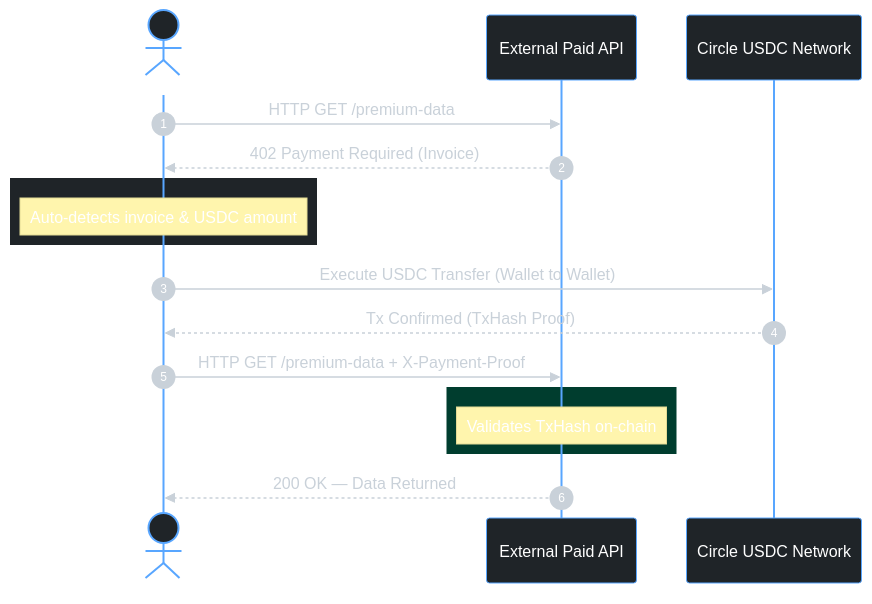
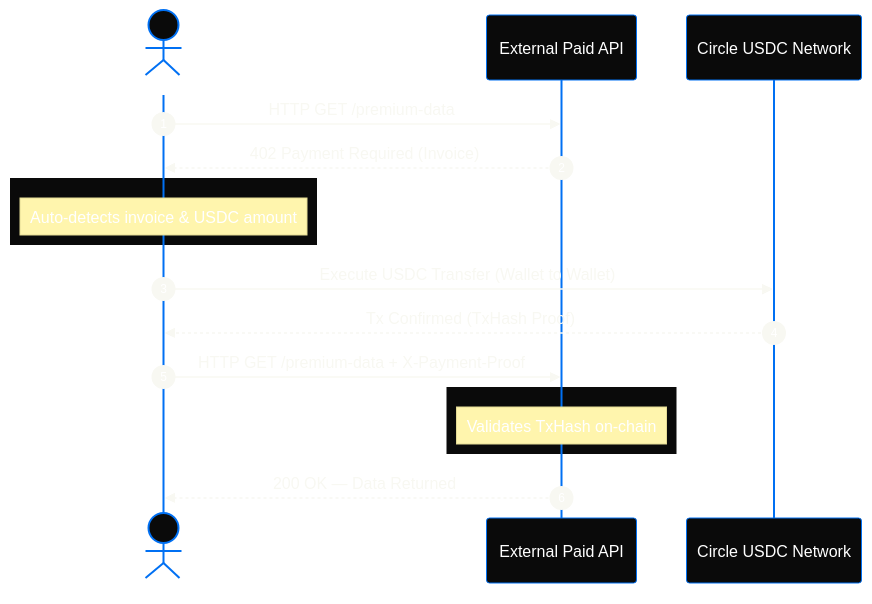
Before and after one commit to shashankrpatil077-ctrl/NeuralMarket: the diagram in README.md, drawn with Mermaid.

Commit message:
style: Upgrade architecture diagrams to premium minimalist Vercel/Stripe dark aesthetic

````diff
--- a/README.md
+++ b/README.md
@@ -46,43 +46,43 @@
 ```mermaid
 %%{init: {
   'theme': 'base',
   'themeVariables': {
-    'primaryColor': '#0d1117',
-    'primaryTextColor': '#c9d1d9',
-    'primaryBorderColor': '#30363d',
-    'lineColor': '#58a6ff',
-    'secondaryColor': '#161b22',
-    'tertiaryColor': '#21262d',
-    'actorBkg': '#1f2428',
-    'actorBorder': '#58a6ff',
-    'actorTextColor': '#fff',
-    'noteBkg': '#003d2e',
-    'noteBorder': '#2ea043',
-    'noteTextColor': '#fff',
-    'sequenceNumberColor': '#fff'
+    'primaryColor': '#000000',
+    'primaryTextColor': '#F8F8F2',
+    'primaryBorderColor': '#333333',
+    'lineColor': '#444444',
+    'secondaryColor': '#0A0A0A',
+    'tertiaryColor': '#111111',
+    'actorBkg': '#0A0A0A',
+    'actorBorder': '#0070F3',
+    'actorTextColor': '#FFFFFF',
+    'noteBkg': '#0A0A0A',
+    'noteBorder': '#7928CA',
+    'noteTextColor': '#FFFFFF',
+    'sequenceNumberColor': '#FFFFFF'
   }
 }}%%
 sequenceDiagram
     autonumber
     actor Client as NeuralMarket Client
     participant API as External Paid API
     participant Circle as Circle USDC Network
 
     Client->>API: HTTP GET /premium-data
     API-->>Client: 402 Payment Required (Invoice)
     
-    rect rgb(31, 36, 40)
+    rect rgb(10, 10, 10)
     Note over Client: Auto-detects invoice & USDC amount
     end
     
     Client->>Circle: Execute USDC Transfer (Wallet to Wallet)
     Circle-->>Client: Tx Confirmed (TxHash Proof)
     
     Client->>API: HTTP GET /premium-data + X-Payment-Proof
     
-    rect rgb(0, 61, 46)
+    rect rgb(10, 10, 10)
     Note over API: Validates TxHash on-chain
     end
     
     API-->>Client: 200 OK — Data Returned
 ```
````
